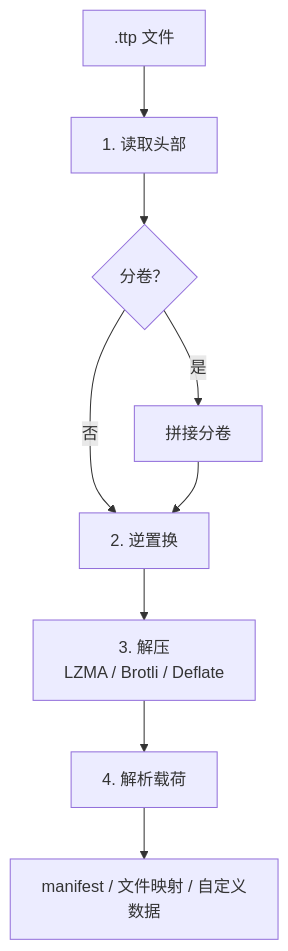
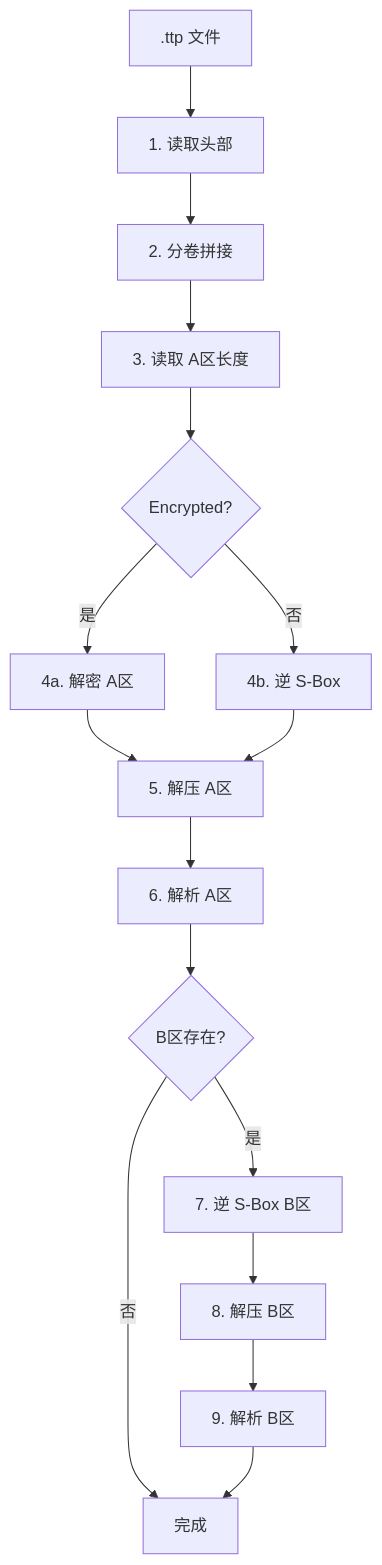
One commit to X-starRelight/docssCode changed the diagram in TTP/zh/implementation/unpack-flow.md. Above: the diagram before and after it, drawn with Mermaid. The commit also changed other lines of this file and 11 other files, not shown here.

````diff
--- a/TTP/zh/implementation/unpack-flow.md
+++ b/TTP/zh/implementation/unpack-flow.md
@@ -3,12 +3,19 @@
 ```mermaid
 flowchart TB
   A[.ttp 文件]
   A --> B[1. 读取头部]
-  B --> C{分卷？}
-  C -->|是| D[拼接分卷]
-  C -->|否| E[2. 逆置换]
-  D --> E
-  E --> F[3. 解压<br/>LZMA / Brotli / Deflate]
-  F --> G[4. 解析载荷]
-  G --> H[manifest / 文件映射 / 自定义数据]
+  B --> C[2. 分卷拼接]
+  C --> D[3. 读取 A区长度]
+  D --> E{Encrypted?}
+  E -->|是| F[4a. 解密 A区]
+  E -->|否| G[4b. 逆 S-Box]
+  F --> H[5. 解压 A区]
+  G --> H
+  H --> I[6. 解析 A区]
+  I --> J{B区存在?}
+  J -->|是| K[7. 逆 S-Box B区]
+  K --> L[8. 解压 B区]
+  L --> M[9. 解析 B区]
+  J -->|否| N[完成]
+  M --> N
 ```
````
